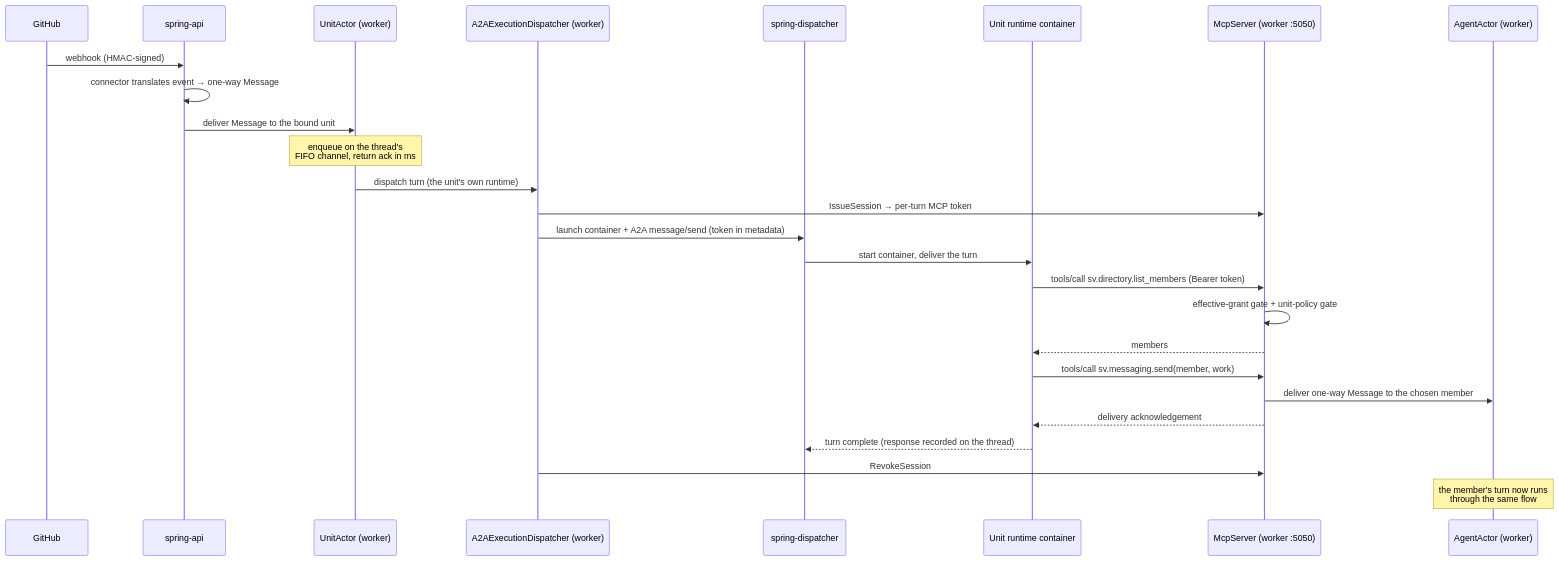
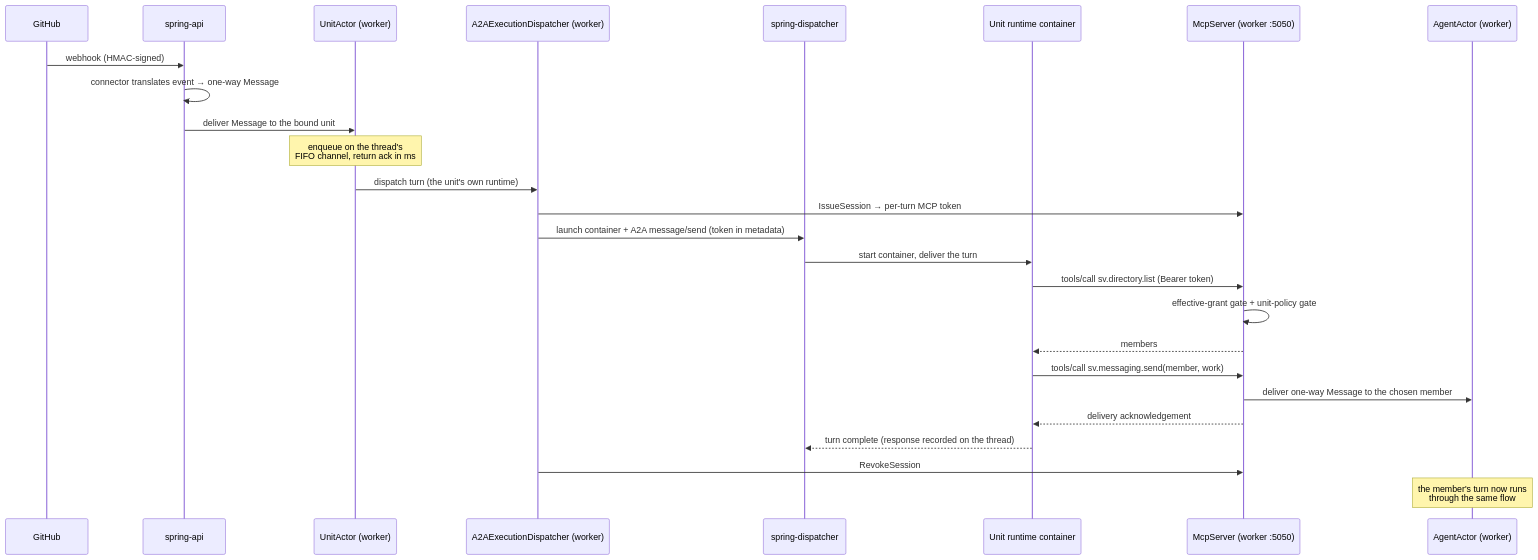
Before and after one commit to cvoya-com/spring-voyage: the first of 4 diagrams in docs/architecture/runtime-flows.md, drawn with Mermaid. The commit also changed 25 other files, not shown here.

````diff
--- a/docs/architecture/runtime-flows.md
+++ b/docs/architecture/runtime-flows.md
@@ -17,29 +17,29 @@
 ```mermaid
 sequenceDiagram
     participant GH as GitHub
     participant API as spring-api
     participant UA as UnitActor (worker)
     participant DISP as A2AExecutionDispatcher (worker)
     participant DX as spring-dispatcher
     participant UC as Unit runtime container
     participant MCP as McpServer (worker :5050)
     participant AA as AgentActor (worker)
 
     GH->>API: webhook (HMAC-signed)
     API->>API: connector translates event → one-way Message
     API->>UA: deliver Message to the bound unit
     Note over UA: enqueue on the thread's<br/>FIFO channel, return ack in ms
     UA->>DISP: dispatch turn (the unit's own runtime)
     DISP->>MCP: IssueSession → per-turn MCP token
     DISP->>DX: launch container + A2A message/send (token in metadata)
     DX->>UC: start container, deliver the turn
-    UC->>MCP: tools/call sv.directory.list_members (Bearer token)
+    UC->>MCP: tools/call sv.directory.list (Bearer token)
     MCP->>MCP: effective-grant gate + unit-policy gate
     MCP-->>UC: members
     UC->>MCP: tools/call sv.messaging.send(member, work)
     MCP->>AA: deliver one-way Message to the chosen member
     MCP-->>UC: delivery acknowledgement
     UC-->>DX: turn complete (response recorded on the thread)
     DISP->>MCP: RevokeSession
     Note over AA: the member's turn now runs<br/>through the same flow
 ```
````
